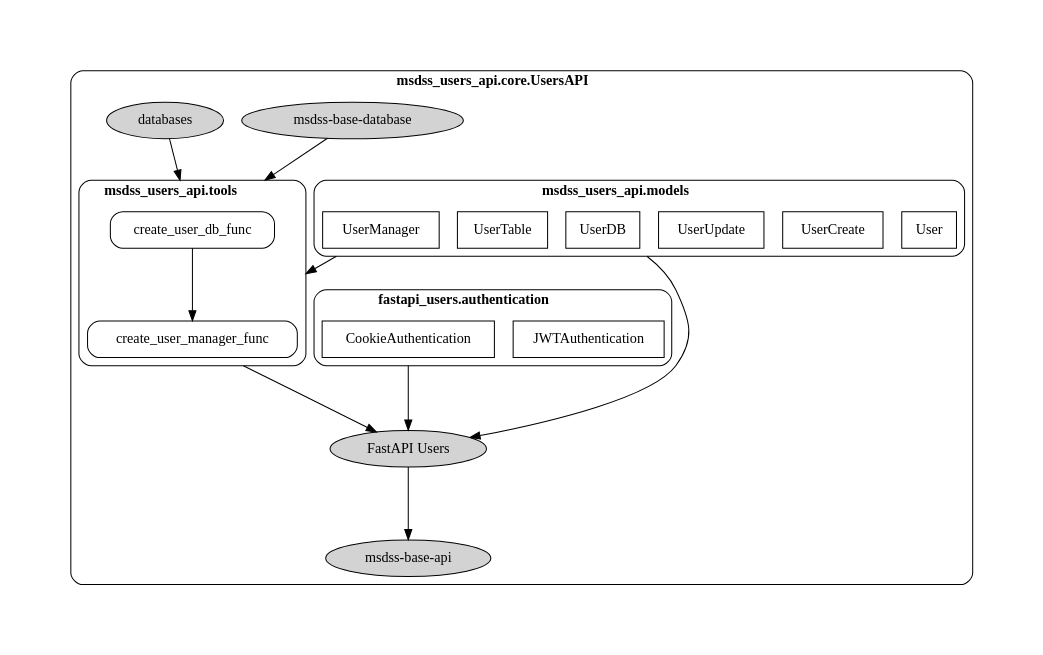
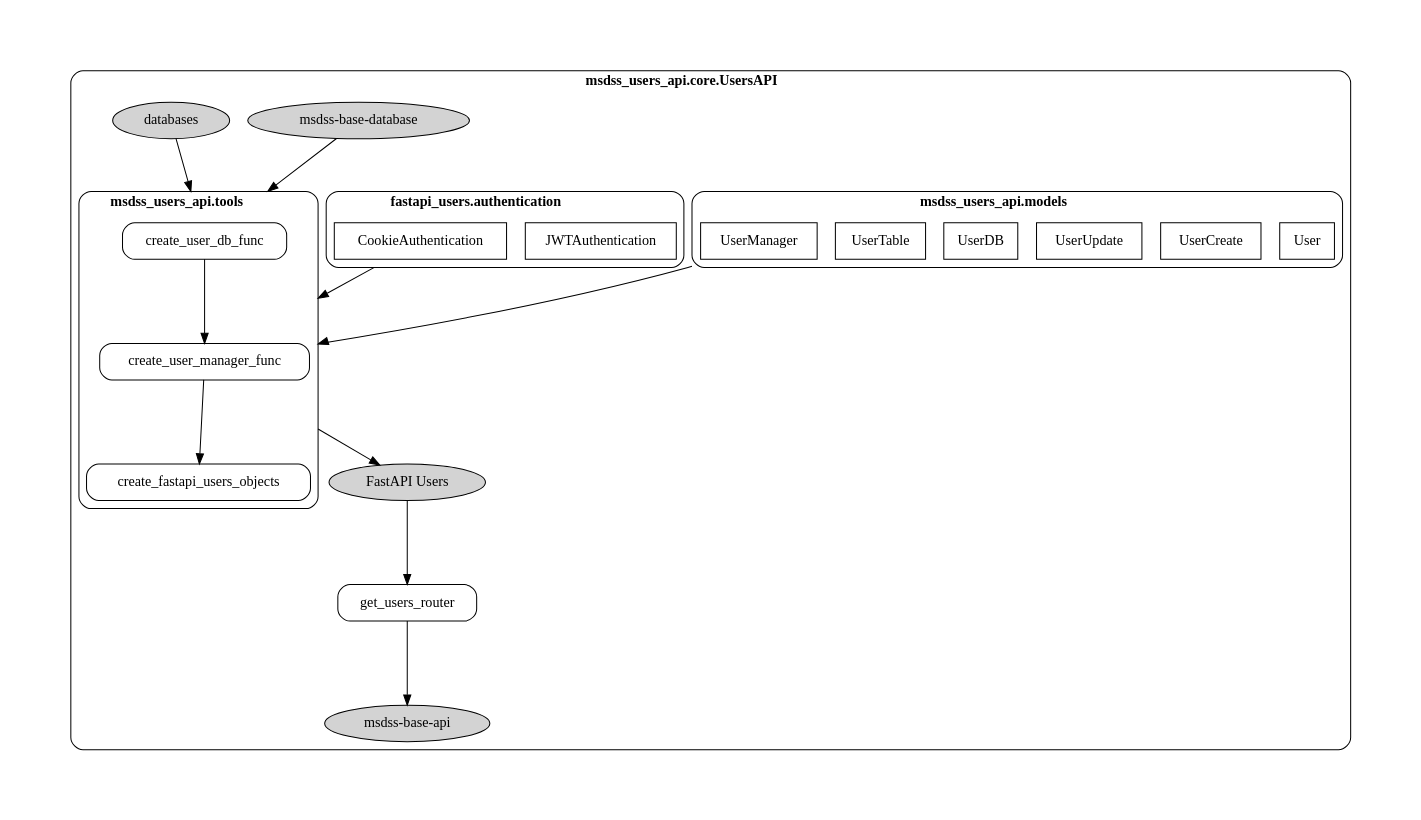
Before and after one commit to rrwen/msdss-users-api: the first of 2 diagrams in docs/source/howitworks.rst, drawn with Graphviz. The commit also changed 78 other files, not shown here.

Commit message:
Refactor get_users_router; Add route defaults; v0.2.1

```diff
--- a/docs/source/howitworks.rst
+++ b/docs/source/howitworks.rst
@@ -10,57 +10,58 @@
 .. digraph:: methods
 
    compound=true;
    rankdir=TB;
-   graph [pad="0.75", nodesep="0.25", ranksep="1"];
+   graph [pad="0.75", nodesep="0.25", ranksep="1.15"];
 
-   usermodel[label="User" shape=rect URL="https://fastapi-users.github.io/fastapi-users/configuration/models/"];
-   usercreatemodel[label="UserCreate" shape=rect URL="https://fastapi-users.github.io/fastapi-users/configuration/models/"];
-   userupdatemodel[label="UserUpdate" shape=rect URL="https://fastapi-users.github.io/fastapi-users/configuration/models/"];
-   userdbmodel[label="UserDB" shape=rect URL="https://fastapi-users.github.io/fastapi-users/configuration/models/"];
-   usertablemodel[label="UserTable" shape=rect URL="https://fastapi-users.github.io/fastapi-users/configuration/databases/sqlalchemy/"];
-   usermanagermodel[label="UserManager" shape=rect URL="https://fastapi-users.github.io/fastapi-users/configuration/user-manager/"];
+   usermodel[label="User" shape=rect];
+   usercreatemodel[label="UserCreate" shape=rect];
+   userupdatemodel[label="UserUpdate" shape=rect];
+   userdbmodel[label="UserDB" shape=rect];
+   usertablemodel[label="UserTable" shape=rect];
+   usermanagermodel[label="UserManager" shape=rect];
 
-   userdbfunc[label="create_user_db_func" shape=rect style=rounded URL=""];
-   usermanagerfunc[label="create_user_manager_func" shape=rect style=rounded URL=""];
+   fastapifunc[label="create_fastapi_users_objects" shape=rect style=rounded];
+   userdbfunc[label="create_user_db_func" shape=rect style=rounded];
+   usermanagerfunc[label="create_user_manager_func" shape=rect style=rounded];
+   getusersrouter[label="get_users_router" shape=rect style=rounded];
 
-   jwtauth[label="JWTAuthentication" shape=rect URL="https://fastapi-users.github.io/fastapi-users/configuration/authentication/jwt/"];
-   cookieauth[label="CookieAuthentication" shape=rect URL="https://fastapi-users.github.io/fastapi-users/configuration/authentication/cookie/"];
+   jwtauth[label="JWTAuthentication" shape=rect];
+   cookieauth[label="CookieAuthentication" shape=rect];
 
-   baseapi[label="msdss-base-api" URL="https://rrwen.github.io/msdss-base-api/" style=filled];
-   basedb[label="msdss-base-database" URL="https://rrwen.github.io/msdss-base-database/" style=filled];
-   databases[label="databases" URL="https://pypi.org/project/databases/" style=filled];
-   fastapiusers[label="FastAPI Users" URL="https://fastapi-users.github.io/fastapi-users/" style=filled];
+   baseapi[label="msdss-base-api" style=filled];
+   basedb[label="msdss-base-database" style=filled];
+   databases[label="databases" style=filled];
+   fastapiusers[label="FastAPI Users" style=filled];
 
    subgraph cluster0 {
       label=< <B>msdss_users_api.core.UsersAPI</B> >;
 
       style=rounded;
 
       subgraph cluster1 {
          label=< <B>msdss_users_api.tools</B> >;
-         userdbfunc -> usermanagerfunc;
+         userdbfunc -> usermanagerfunc -> fastapifunc;
       }
       {basedb;databases} -> userdbfunc[lhead=cluster1 ltail=cluster1];
       usermanagerfunc -> fastapiusers[lhead=cluster1 ltail=cluster1];
 
       subgraph cluster2 {
          label=< <B>msdss_users_api.models</B> >;
          usermodel;
          usercreatemodel;
          userupdatemodel;
          userdbmodel;
          usertablemodel;
          usermanagermodel;
       };
       usermanagermodel -> usermanagerfunc[lhead=cluster1 ltail=cluster2];
-      userdbmodel -> fastapiusers[lhead=cluster2 ltail=cluster2];
       
       subgraph cluster3 {
           label=< <B>fastapi_users.authentication</B> >;
          jwtauth;
          cookieauth;
       }
-      cookieauth -> fastapiusers[lhead=cluster3 ltail=cluster3];
+      cookieauth -> usermanagerfunc[lhead=cluster1 ltail=cluster3];
 
-      fastapiusers -> baseapi;
+      fastapiusers -> getusersrouter -> baseapi;
    }
```
